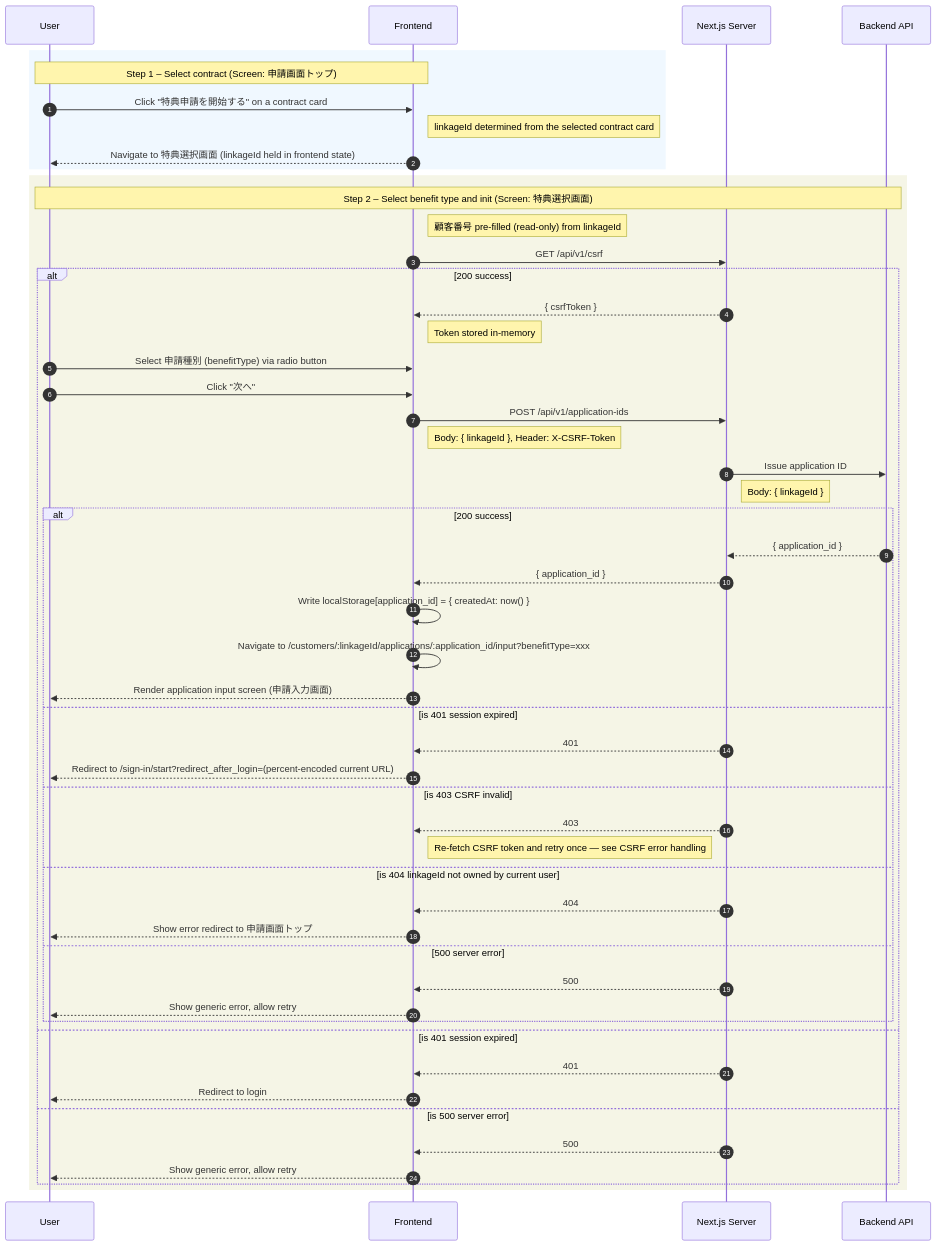
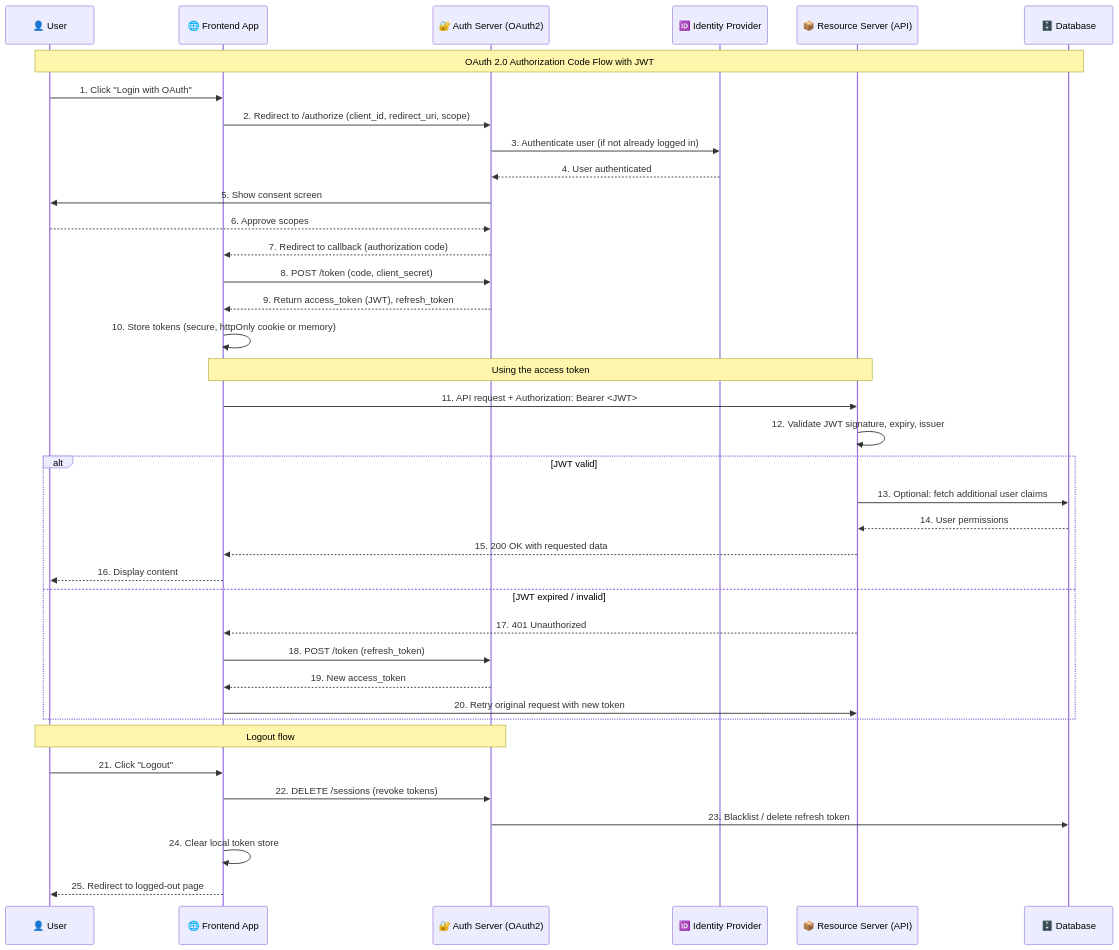
One commit to im-bravo/mermaid-diagram-enhancements changed the diagram in examples/docs/large-sequence-diagram.md. Above: the diagram before and after it, drawn with Mermaid.

Commit message:
Update sequence diagram with new participant names and flow

````diff
--- a/examples/docs/large-sequence-diagram.md
+++ b/examples/docs/large-sequence-diagram.md
@@ -7,61 +7,49 @@
 ```mermaid
 
 sequenceDiagram
-    autonumber
-    participant U as User
-    participant FE as Frontend
-    participant NS as Next.js Server
-    participant API as Backend API
+    participant User as 👤 User
+    participant Frontend as 🌐 Frontend App
+    participant AuthSrv as 🔐 Auth Server (OAuth2)
+    participant IdP as 🆔 Identity Provider
+    participant ResSrv as 📦 Resource Server (API)
+    participant DB as 🗄️ Database
 
-    rect rgb(240, 248, 255)
-    Note over U,FE: Step 1 – Select contract (Screen: 申請画面トップ)
+    Note over User,DB: OAuth 2.0 Authorization Code Flow with JWT
 
-    U ->> FE: Click "特典申請を開始する" on a contract card
-    Note right of FE: linkageId determined from the selected contract card
-    FE -->> U: Navigate to 特典選択画面 (linkageId held in frontend state)
+    User->>Frontend: 1. Click "Login with OAuth"
+    Frontend->>AuthSrv: 2. Redirect to /authorize (client_id, redirect_uri, scope)
+    AuthSrv->>IdP: 3. Authenticate user (if not already logged in)
+    IdP-->>AuthSrv: 4. User authenticated
+    AuthSrv->>User: 5. Show consent screen
+    User-->>AuthSrv: 6. Approve scopes
+    AuthSrv-->>Frontend: 7. Redirect to callback (authorization code)
+    Frontend->>AuthSrv: 8. POST /token (code, client_secret)
+    AuthSrv-->>Frontend: 9. Return access_token (JWT), refresh_token
+    Frontend->>Frontend: 10. Store tokens (secure, httpOnly cookie or memory)
+
+    Note over Frontend,ResSrv: Using the access token
+
+    Frontend->>ResSrv: 11. API request + Authorization: Bearer <JWT>
+    ResSrv->>ResSrv: 12. Validate JWT signature, expiry, issuer
+    alt JWT valid
+        ResSrv->>DB: 13. Optional: fetch additional user claims
+        DB-->>ResSrv: 14. User permissions
+        ResSrv-->>Frontend: 15. 200 OK with requested data
+        Frontend-->>User: 16. Display content
+    else JWT expired / invalid
+        ResSrv-->>Frontend: 17. 401 Unauthorized
+        Frontend->>AuthSrv: 18. POST /token (refresh_token)
+        AuthSrv-->>Frontend: 19. New access_token
+        Frontend->>ResSrv: 20. Retry original request with new token
     end
 
-    rect rgb(245, 245, 230)
-        Note over U,API: Step 2 – Select benefit type and init (Screen: 特典選択画面)
+    Note over User,AuthSrv: Logout flow
 
-        Note right of FE: 顧客番号 pre-filled (read-only) from linkageId
-        FE ->> NS: GET /api/v1/csrf
-        alt 200 success
-            NS -->> FE: { csrfToken }
-            Note right of FE: Token stored in-memory
-            U ->> FE: Select 申請種別 (benefitType) via radio button
-            U ->> FE: Click "次へ"
-            FE ->> NS: POST /api/v1/application-ids
-            Note right of FE: Body: { linkageId }, Header: X-CSRF-Token
-            NS ->> API: Issue application ID
-            Note right of NS: Body: { linkageId }
-            alt 200 success
-                API -->> NS: { application_id }
-                NS -->> FE: { application_id }
-                FE ->> FE: Write localStorage[application_id] = { createdAt: now() }
-                FE ->> FE: Navigate to /customers/:linkageId/applications/:application_id/input?benefitType=xxx
-                FE -->> U: Render application input screen (申請入力画面)
-            else is 401 session expired
-                NS -->> FE: 401
-                FE -->> U: Redirect to /sign-in/start?redirect_after_login=(percent-encoded current URL)
-            else is 403 CSRF invalid
-                NS -->> FE: 403
-                Note right of FE: Re-fetch CSRF token and retry once — see CSRF error handling
-            else is 404 linkageId not owned by current user
-                NS -->> FE: 404
-                FE -->> U: Show error redirect to 申請画面トップ
-            else 500 server error
-                NS -->> FE: 500
-                FE -->> U: Show generic error, allow retry
-            end
-        else is 401 session expired
-            NS -->> FE: 401
-            FE -->> U: Redirect to login
-        else is 500 server error
-            NS -->> FE: 500
-            FE -->> U: Show generic error, allow retry
-        end
-    end
+    User->>Frontend: 21. Click "Logout"
+    Frontend->>AuthSrv: 22. DELETE /sessions (revoke tokens)
+    AuthSrv->>DB: 23. Blacklist / delete refresh token
+    Frontend->>Frontend: 24. Clear local token store
+    Frontend-->>User: 25. Redirect to logged-out page
 
 
 ```
````
